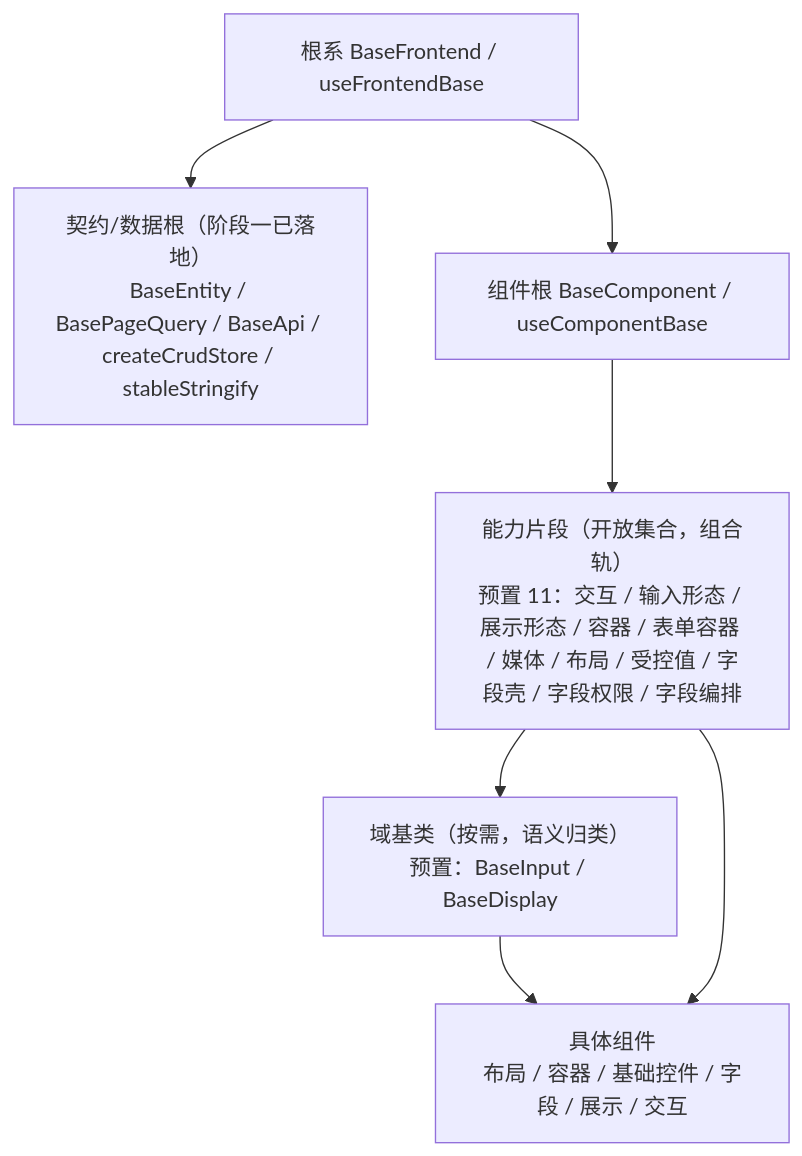
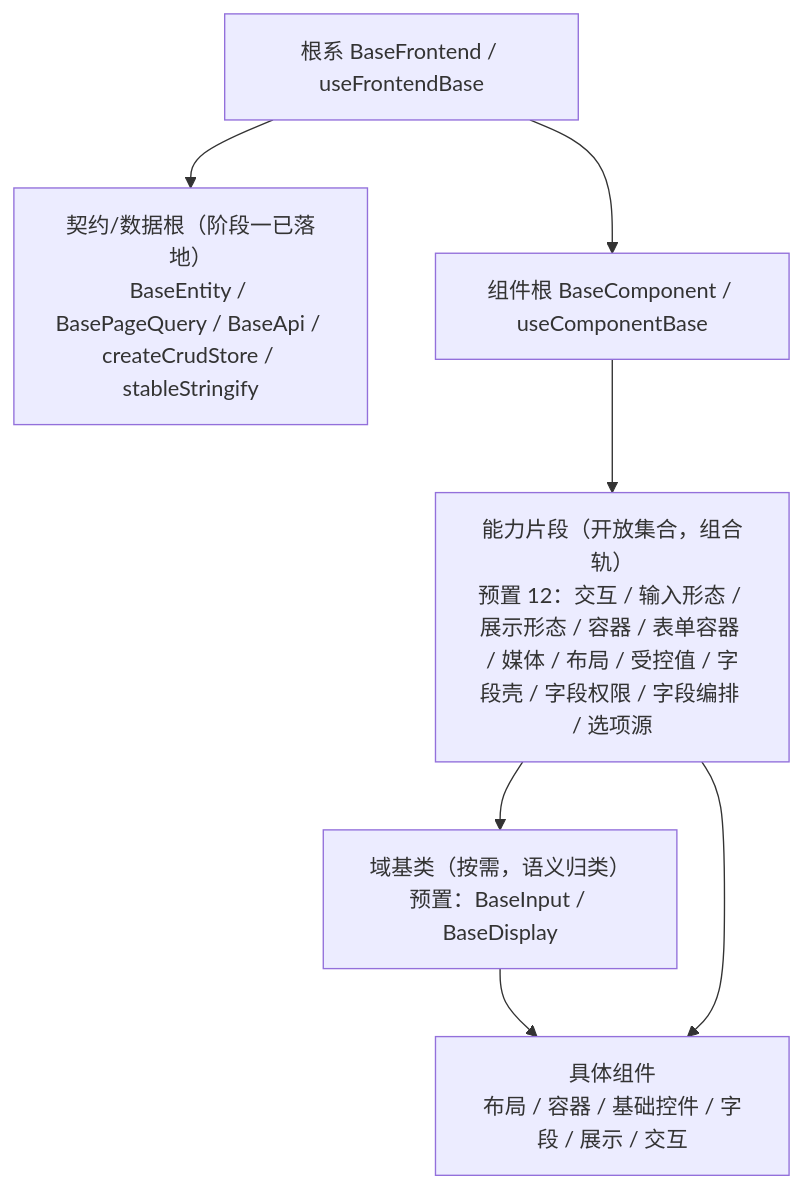
Before and after one commit to minjian123/basic-management-system: the diagram in bms文档/前端基类清单.md, drawn with Mermaid. The commit also changed other lines of this file and 11 other files, not shown here.

Commit message:
docs(组件库): 对齐后端基类体系补充（5 机制基类 + 选项源片段 + 树/图表域基类，工时同步）

````diff
--- a/bms文档/前端基类清单.md
+++ b/bms文档/前端基类清单.md
@@ -16,15 +16,15 @@
 ```mermaid
 flowchart TD
     ROOT["根系 BaseFrontend / useFrontendBase"]
     DATA["契约/数据根（阶段一已落地）<br/>BaseEntity / BasePageQuery / BaseApi / createCrudStore / stableStringify"]
     COMP["组件根 BaseComponent / useComponentBase"]
-    CAP["能力片段（开放集合，组合轨）<br/>预置 11：交互 / 输入形态 / 展示形态 / 容器 / 表单容器 / 媒体 / 布局 / 受控值 / 字段壳 / 字段权限 / 字段编排"]
+    CAP["能力片段（开放集合，组合轨）<br/>预置 12：交互 / 输入形态 / 展示形态 / 容器 / 表单容器 / 媒体 / 布局 / 受控值 / 字段壳 / 字段权限 / 字段编排 / 选项源"]
     DOM["域基类（按需，语义归类）<br/>预置：BaseInput / BaseDisplay"]
     C["具体组件<br/>布局 / 容器 / 基础控件 / 字段 / 展示 / 交互"]
     ROOT --> DATA
     ROOT --> COMP
     COMP --> CAP
     CAP --> DOM
     DOM --> C
     CAP --> C
 ```
````
